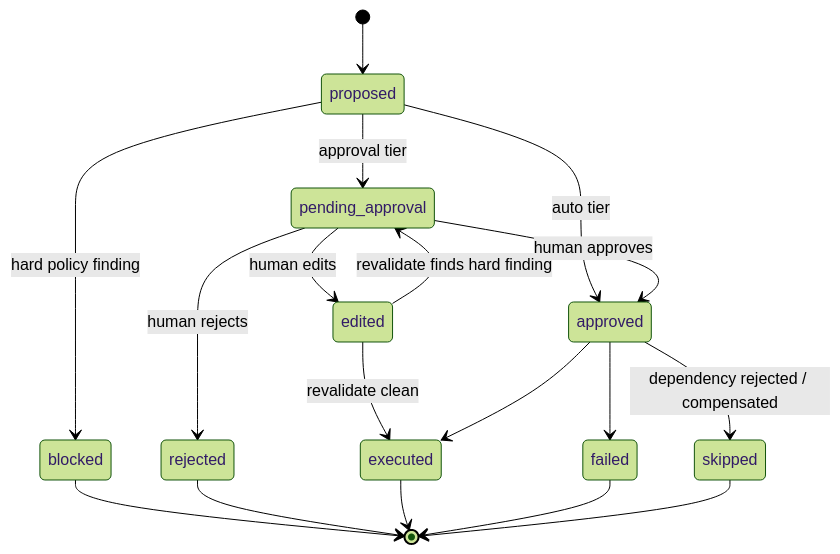
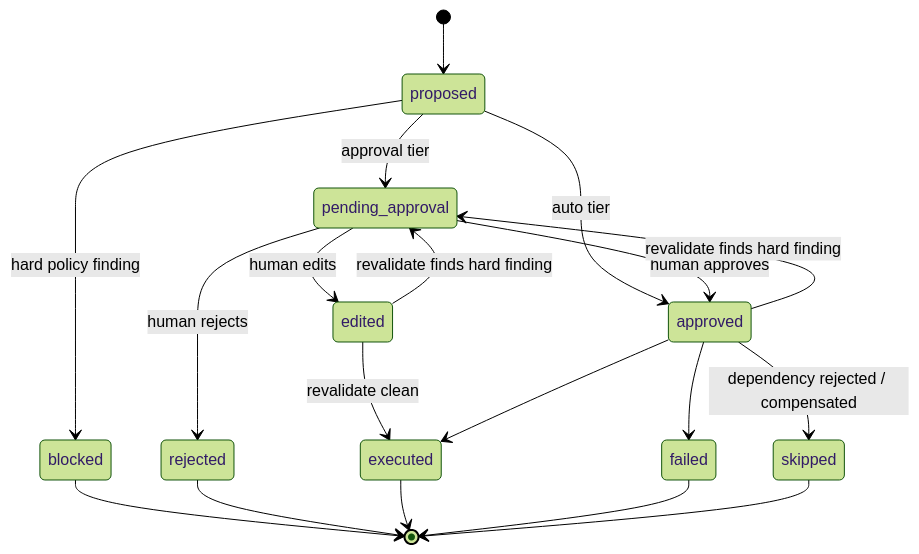
Before and after one commit to arminsalmasi/intelligent-email-assistant: the fourth of 4 diagrams in docs/architecture.md, drawn with Mermaid (forest theme). The commit also changed other lines of this file and 14 other files, not shown here.

````diff
--- a/docs/architecture.md
+++ b/docs/architecture.md
@@ -160,20 +160,21 @@
 ```mermaid
 stateDiagram-v2
     [*] --> proposed
     proposed --> blocked: hard policy finding
     proposed --> pending_approval: approval tier
     proposed --> approved: auto tier
     pending_approval --> approved: human approves
     pending_approval --> edited: human edits
     pending_approval --> rejected: human rejects
     edited --> pending_approval: revalidate finds hard finding
     edited --> executed: revalidate clean
+    approved --> pending_approval: revalidate finds hard finding
     approved --> executed
     approved --> failed
     approved --> skipped: dependency rejected / compensated
     blocked --> [*]
     rejected --> [*]
     executed --> [*]
     failed --> [*]
     skipped --> [*]
 ```
````
